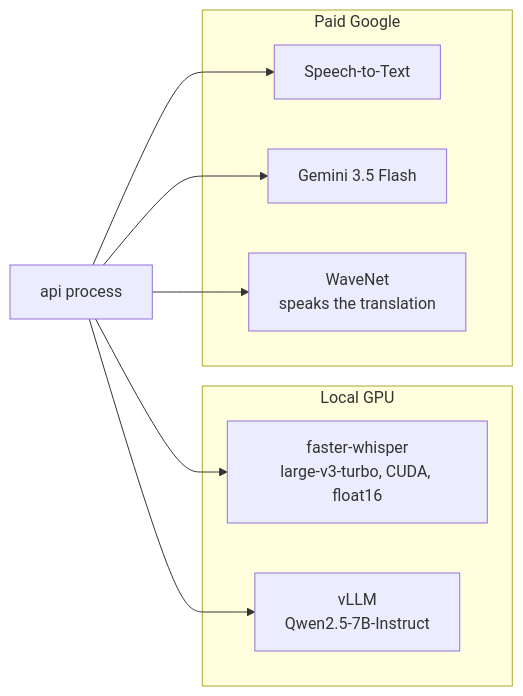
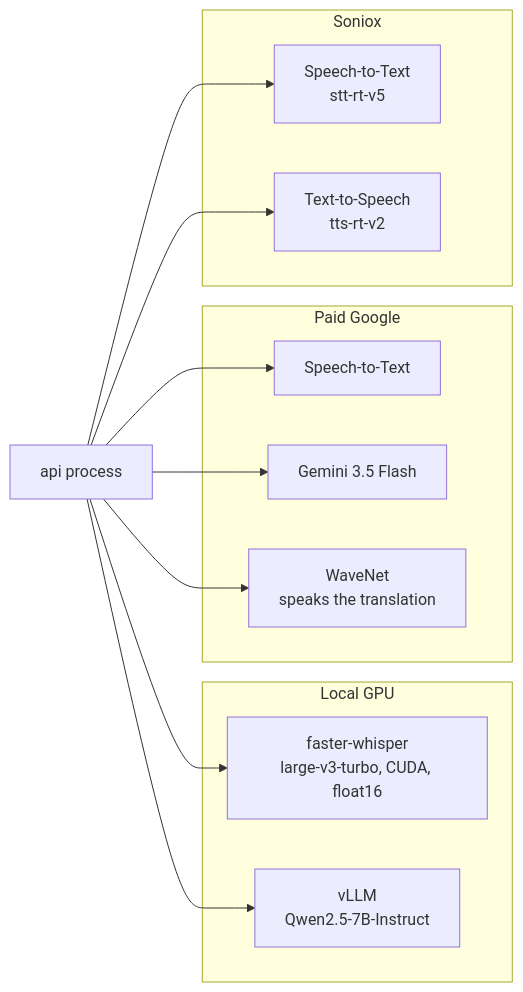
The third of 3 diagrams in ARCHITECTURE.md (stefiokurniadi/voiceofgod), drawn with Mermaid before and after one commit. The commit also changed other lines of this file and 31 other files, not shown here.

````diff
--- a/ARCHITECTURE.md
+++ b/ARCHITECTURE.md
@@ -110,19 +110,26 @@
 ```mermaid
 flowchart LR
   subgraph local ["Local GPU"]
     w["faster-whisper<br/>large-v3-turbo, CUDA, float16"]
     q["vLLM<br/>Qwen2.5-7B-Instruct"]
   end
 
   subgraph cloud ["Paid Google"]
     g["Speech-to-Text"]
     gem["Gemini 3.5 Flash"]
     wav["WaveNet<br/>speaks the translation"]
   end
 
+  subgraph soniox ["Soniox"]
+    sx["Speech-to-Text<br/>stt-rt-v5"]
+    sxtts["Text-to-Speech<br/>tts-rt-v2"]
+  end
+
   api["api process"] --> w
   api --> q
   api --> g
   api --> gem
   api --> wav
+  api --> sx
+  api --> sxtts
 ```
````
